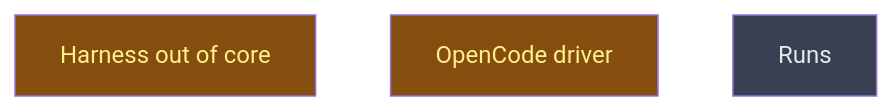
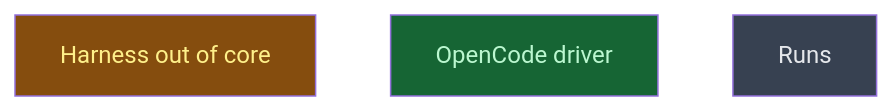
The diagram in __roadmap__/m4-session-runner/traits/core/README.md (CrackingShells/Candler), drawn with Mermaid before and after one commit. The commit also changed other lines of this file, not shown here.

Commit message:
rdm(adapter-opencode): mark opencode_driver done

````diff
--- a/__roadmap__/m4-session-runner/traits/core/README.md
+++ b/__roadmap__/m4-session-runner/traits/core/README.md
@@ -19,11 +19,11 @@
 ```mermaid
 graph TD
     harness_out_of_core[Harness out of core]:::inprogress
-    opencode_driver[OpenCode driver]:::inprogress
+    opencode_driver[OpenCode driver]:::done
     runs[Runs]:::planned
     classDef done       fill:#166534,color:#bbf7d0
     classDef inprogress fill:#854d0e,color:#fef08a
     classDef planned    fill:#374151,color:#e5e7eb
     classDef amendment  fill:#1e3a5f,color:#bfdbfe
     classDef blocked    fill:#7f1d1d,color:#fecaca
 ```
````
